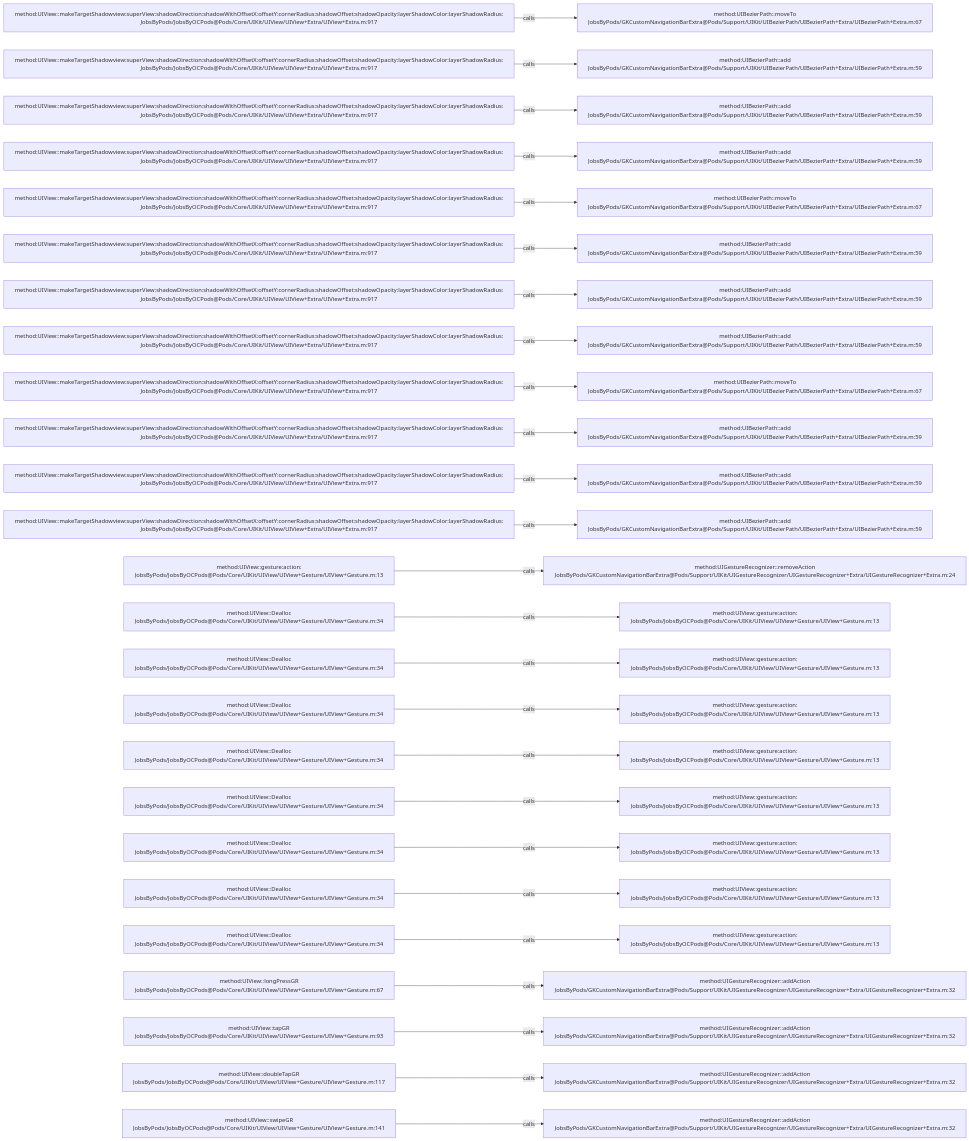
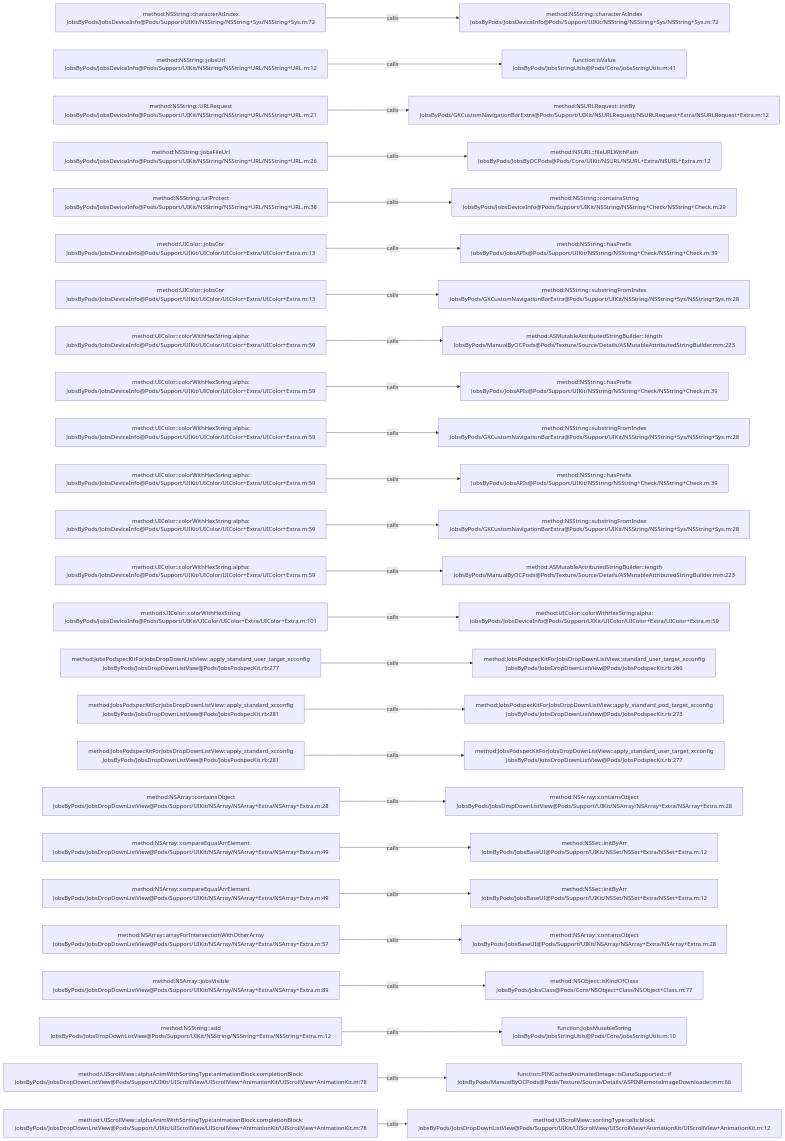
The diagram in .codegraph/codegraph.md/graphs/calls-064.md (JobsKits/JobsOCBaseConfigDemo), drawn with Mermaid before and after one commit. The commit also changed 573 other files, not shown here.

````diff
--- a/.codegraph/codegraph.md/graphs/calls-064.md
+++ b/.codegraph/codegraph.md/graphs/calls-064.md
@@ -13,78 +13,78 @@
 ```mermaid
 flowchart LR
-  S1["method:UIView::makeTargetShadowview:superView:shadowDirection:shadowWithOffsetX:offsetY:cornerRadius:shadowOffset:shadowOpacity:layerShadowColor:layerShadowRadius:<br/>JobsByPods/JobsByOCPods@Pods/Core/UIKit/UIView/UIView+Extra/UIView+Extra.m:917"]
-  T1["method:UIBezierPath::moveTo<br/>JobsByPods/GKCustomNavigationBarExtra@Pods/Support/UIKit/UIBezierPath/UIBezierPath+Extra/UIBezierPath+Extra.m:67"]
+  S1["method:NSString::characterAtIndex<br/>JobsByPods/JobsDeviceInfo@Pods/Support/UIKit/NSString/NSString+Sys/NSString+Sys.m:72"]
+  T1["method:NSString::characterAtIndex<br/>JobsByPods/JobsDeviceInfo@Pods/Support/UIKit/NSString/NSString+Sys/NSString+Sys.m:72"]
   S1 -->|calls| T1
-  S2["method:UIView::makeTargetShadowview:superView:shadowDirection:shadowWithOffsetX:offsetY:cornerRadius:shadowOffset:shadowOpacity:layerShadowColor:layerShadowRadius:<br/>JobsByPods/JobsByOCPods@Pods/Core/UIKit/UIView/UIView+Extra/UIView+Extra.m:917"]
-  T2["method:UIBezierPath::add<br/>JobsByPods/GKCustomNavigationBarExtra@Pods/Support/UIKit/UIBezierPath/UIBezierPath+Extra/UIBezierPath+Extra.m:59"]
+  S2["method:NSString::jobsUrl<br/>JobsByPods/JobsDeviceInfo@Pods/Support/UIKit/NSString/NSString+URL/NSString+URL.m:12"]
+  T2["function:isValue<br/>JobsByPods/JobsStringUtils@Pods/Core/JobsStringUtils.m:41"]
   S2 -->|calls| T2
-  S3["method:UIView::makeTargetShadowview:superView:shadowDirection:shadowWithOffsetX:offsetY:cornerRadius:shadowOffset:shadowOpacity:layerShadowColor:layerShadowRadius:<br/>JobsByPods/JobsByOCPods@Pods/Core/UIKit/UIView/UIView+Extra/UIView+Extra.m:917"]
-  T3["method:UIBezierPath::add<br/>JobsByPods/GKCustomNavigationBarExtra@Pods/Support/UIKit/UIBezierPath/UIBezierPath+Extra/UIBezierPath+Extra.m:59"]
+  S3["method:NSString::URLRequest<br/>JobsByPods/JobsDeviceInfo@Pods/Support/UIKit/NSString/NSString+URL/NSString+URL.m:21"]
+  T3["method:NSURLRequest::initBy<br/>JobsByPods/GKCustomNavigationBarExtra@Pods/Support/UIKit/NSURLRequest/NSURLRequest+Extra/NSURLRequest+Extra.m:12"]
   S3 -->|calls| T3
-  S4["method:UIView::makeTargetShadowview:superView:shadowDirection:shadowWithOffsetX:offsetY:cornerRadius:shadowOffset:shadowOpacity:layerShadowColor:layerShadowRadius:<br/>JobsByPods/JobsByOCPods@Pods/Core/UIKit/UIView/UIView+Extra/UIView+Extra.m:917"]
-  T4["method:UIBezierPath::add<br/>JobsByPods/GKCustomNavigationBarExtra@Pods/Support/UIKit/UIBezierPath/UIBezierPath+Extra/UIBezierPath+Extra.m:59"]
+  S4["method:NSString::jobsFileUrl<br/>JobsByPods/JobsDeviceInfo@Pods/Support/UIKit/NSString/NSString+URL/NSString+URL.m:26"]
+  T4["method:NSURL::fileURLWithPath<br/>JobsByPods/JobsByOCPods@Pods/Core/UIKit/NSURL/NSURL+Extra/NSURL+Extra.m:12"]
   S4 -->|calls| T4
-  S5["method:UIView::makeTargetShadowview:superView:shadowDirection:shadowWithOffsetX:offsetY:cornerRadius:shadowOffset:shadowOpacity:layerShadowColor:layerShadowRadius:<br/>JobsByPods/JobsByOCPods@Pods/Core/UIKit/UIView/UIView+Extra/UIView+Extra.m:917"]
-  T5["method:UIBezierPath::moveTo<br/>JobsByPods/GKCustomNavigationBarExtra@Pods/Support/UIKit/UIBezierPath/UIBezierPath+Extra/UIBezierPath+Extra.m:67"]
+  S5["method:NSString::urlProtect<br/>JobsByPods/JobsDeviceInfo@Pods/Support/UIKit/NSString/NSString+URL/NSString+URL.m:38"]
+  T5["method:NSString::containsString<br/>JobsByPods/JobsDeviceInfo@Pods/Support/UIKit/NSString/NSString+Check/NSString+Check.m:29"]
   S5 -->|calls| T5
-  S6["method:UIView::makeTargetShadowview:superView:shadowDirection:shadowWithOffsetX:offsetY:cornerRadius:shadowOffset:shadowOpacity:layerShadowColor:layerShadowRadius:<br/>JobsByPods/JobsByOCPods@Pods/Core/UIKit/UIView/UIView+Extra/UIView+Extra.m:917"]
-  T6["method:UIBezierPath::add<br/>JobsByPods/GKCustomNavigationBarExtra@Pods/Support/UIKit/UIBezierPath/UIBezierPath+Extra/UIBezierPath+Extra.m:59"]
+  S6["method:UIColor::jobsCor<br/>JobsByPods/JobsDeviceInfo@Pods/Support/UIKit/UIColor/UIColor+Extra/UIColor+Extra.m:13"]
+  T6["method:NSString::hasPrefix<br/>JobsByPods/JobsAPIs@Pods/Support/UIKit/NSString/NSString+Check/NSString+Check.m:39"]
   S6 -->|calls| T6
-  S7["method:UIView::makeTargetShadowview:superView:shadowDirection:shadowWithOffsetX:offsetY:cornerRadius:shadowOffset:shadowOpacity:layerShadowColor:layerShadowRadius:<br/>JobsByPods/JobsByOCPods@Pods/Core/UIKit/UIView/UIView+Extra/UIView+Extra.m:917"]
-  T7["method:UIBezierPath::add<br/>JobsByPods/GKCustomNavigationBarExtra@Pods/Support/UIKit/UIBezierPath/UIBezierPath+Extra/UIBezierPath+Extra.m:59"]
+  S7["method:UIColor::jobsCor<br/>JobsByPods/JobsDeviceInfo@Pods/Support/UIKit/UIColor/UIColor+Extra/UIColor+Extra.m:13"]
+  T7["method:NSString::substringFromIndex<br/>JobsByPods/GKCustomNavigationBarExtra@Pods/Support/UIKit/NSString/NSString+Sys/NSString+Sys.m:28"]
   S7 -->|calls| T7
-  S8["method:UIView::makeTargetShadowview:superView:shadowDirection:shadowWithOffsetX:offsetY:cornerRadius:shadowOffset:shadowOpacity:layerShadowColor:layerShadowRadius:<br/>JobsByPods/JobsByOCPods@Pods/Core/UIKit/UIView/UIView+Extra/UIView+Extra.m:917"]
-  T8["method:UIBezierPath::add<br/>JobsByPods/GKCustomNavigationBarExtra@Pods/Support/UIKit/UIBezierPath/UIBezierPath+Extra/UIBezierPath+Extra.m:59"]
+  S8["method:UIColor::colorWithHexString:alpha:<br/>JobsByPods/JobsDeviceInfo@Pods/Support/UIKit/UIColor/UIColor+Extra/UIColor+Extra.m:59"]
+  T8["method:ASMutableAttributedStringBuilder::length<br/>JobsByPods/ManualByOCPods@Pods/Texture/Source/Details/ASMutableAttributedStringBuilder.mm:223"]
   S8 -->|calls| T8
-  S9["method:UIView::makeTargetShadowview:superView:shadowDirection:shadowWithOffsetX:offsetY:cornerRadius:shadowOffset:shadowOpacity:layerShadowColor:layerShadowRadius:<br/>JobsByPods/JobsByOCPods@Pods/Core/UIKit/UIView/UIView+Extra/UIView+Extra.m:917"]
-  T9["method:UIBezierPath::moveTo<br/>JobsByPods/GKCustomNavigationBarExtra@Pods/Support/UIKit/UIBezierPath/UIBezierPath+Extra/UIBezierPath+Extra.m:67"]
+  S9["method:UIColor::colorWithHexString:alpha:<br/>JobsByPods/JobsDeviceInfo@Pods/Support/UIKit/UIColor/UIColor+Extra/UIColor+Extra.m:59"]
+  T9["method:NSString::hasPrefix<br/>JobsByPods/JobsAPIs@Pods/Support/UIKit/NSString/NSString+Check/NSString+Check.m:39"]
   S9 -->|calls| T9
-  S10["method:UIView::makeTargetShadowview:superView:shadowDirection:shadowWithOffsetX:offsetY:cornerRadius:shadowOffset:shadowOpacity:layerShadowColor:layerShadowRadius:<br/>JobsByPods/JobsByOCPods@Pods/Core/UIKit/UIView/UIView+Extra/UIView+Extra.m:917"]
-  T10["method:UIBezierPath::add<br/>JobsByPods/GKCustomNavigationBarExtra@Pods/Support/UIKit/UIBezierPath/UIBezierPath+Extra/UIBezierPath+Extra.m:59"]
+  S10["method:UIColor::colorWithHexString:alpha:<br/>JobsByPods/JobsDeviceInfo@Pods/Support/UIKit/UIColor/UIColor+Extra/UIColor+Extra.m:59"]
+  T10["method:NSString::substringFromIndex<br/>JobsByPods/GKCustomNavigationBarExtra@Pods/Support/UIKit/NSString/NSString+Sys/NSString+Sys.m:28"]
   S10 -->|calls| T10
-  S11["method:UIView::makeTargetShadowview:superView:shadowDirection:shadowWithOffsetX:offsetY:cornerRadius:shadowOffset:shadowOpacity:layerShadowColor:layerShadowRadius:<br/>JobsByPods/JobsByOCPods@Pods/Core/UIKit/UIView/UIView+Extra/UIView+Extra.m:917"]
-  T11["method:UIBezierPath::add<br/>JobsByPods/GKCustomNavigationBarExtra@Pods/Support/UIKit/UIBezierPath/UIBezierPath+Extra/UIBezierPath+Extra.m:59"]
+  S11["method:UIColor::colorWithHexString:alpha:<br/>JobsByPods/JobsDeviceInfo@Pods/Support/UIKit/UIColor/UIColor+Extra/UIColor+Extra.m:59"]
+  T11["method:NSString::hasPrefix<br/>JobsByPods/JobsAPIs@Pods/Support/UIKit/NSString/NSString+Check/NSString+Check.m:39"]
   S11 -->|calls| T11
-  S12["method:UIView::makeTargetShadowview:superView:shadowDirection:shadowWithOffsetX:offsetY:cornerRadius:shadowOffset:shadowOpacity:layerShadowColor:layerShadowRadius:<br/>JobsByPods/JobsByOCPods@Pods/Core/UIKit/UIView/UIView+Extra/UIView+Extra.m:917"]
-  T12["method:UIBezierPath::add<br/>JobsByPods/GKCustomNavigationBarExtra@Pods/Support/UIKit/UIBezierPath/UIBezierPath+Extra/UIBezierPath+Extra.m:59"]
+  S12["method:UIColor::colorWithHexString:alpha:<br/>JobsByPods/JobsDeviceInfo@Pods/Support/UIKit/UIColor/UIColor+Extra/UIColor+Extra.m:59"]
+  T12["method:NSString::substringFromIndex<br/>JobsByPods/GKCustomNavigationBarExtra@Pods/Support/UIKit/NSString/NSString+Sys/NSString+Sys.m:28"]
   S12 -->|calls| T12
-  S13["method:UIView::gesture:action:<br/>JobsByPods/JobsByOCPods@Pods/Core/UIKit/UIView/UIView+Gesture/UIView+Gesture.m:13"]
-  T13["method:UIGestureRecognizer::removeAction<br/>JobsByPods/GKCustomNavigationBarExtra@Pods/Support/UIKit/UIGestureRecognizer/UIGestureRecognizer+Extra/UIGestureRecognizer+Extra.m:24"]
+  S13["method:UIColor::colorWithHexString:alpha:<br/>JobsByPods/JobsDeviceInfo@Pods/Support/UIKit/UIColor/UIColor+Extra/UIColor+Extra.m:59"]
+  T13["method:ASMutableAttributedStringBuilder::length<br/>JobsByPods/ManualByOCPods@Pods/Texture/Source/Details/ASMutableAttributedStringBuilder.mm:223"]
   S13 -->|calls| T13
-  S14["method:UIView::Dealloc<br/>JobsByPods/JobsByOCPods@Pods/Core/UIKit/UIView/UIView+Gesture/UIView+Gesture.m:34"]
-  T14["method:UIView::gesture:action:<br/>JobsByPods/JobsByOCPods@Pods/Core/UIKit/UIView/UIView+Gesture/UIView+Gesture.m:13"]
+  S14["method:UIColor::colorWithHexString<br/>JobsByPods/JobsDeviceInfo@Pods/Support/UIKit/UIColor/UIColor+Extra/UIColor+Extra.m:101"]
+  T14["method:UIColor::colorWithHexString:alpha:<br/>JobsByPods/JobsDeviceInfo@Pods/Support/UIKit/UIColor/UIColor+Extra/UIColor+Extra.m:59"]
   S14 -->|calls| T14
-  S15["method:UIView::Dealloc<br/>JobsByPods/JobsByOCPods@Pods/Core/UIKit/UIView/UIView+Gesture/UIView+Gesture.m:34"]
-  T15["method:UIView::gesture:action:<br/>JobsByPods/JobsByOCPods@Pods/Core/UIKit/UIView/UIView+Gesture/UIView+Gesture.m:13"]
+  S15["method:JobsPodspecKitForJobsDropDownListView::apply_standard_user_target_xcconfig<br/>JobsByPods/JobsDropDownListView@Pods/JobsPodspecKit.rb:277"]
+  T15["method:JobsPodspecKitForJobsDropDownListView::standard_user_target_xcconfig<br/>JobsByPods/JobsDropDownListView@Pods/JobsPodspecKit.rb:266"]
   S15 -->|calls| T15
-  S16["method:UIView::Dealloc<br/>JobsByPods/JobsByOCPods@Pods/Core/UIKit/UIView/UIView+Gesture/UIView+Gesture.m:34"]
-  T16["method:UIView::gesture:action:<br/>JobsByPods/JobsByOCPods@Pods/Core/UIKit/UIView/UIView+Gesture/UIView+Gesture.m:13"]
+  S16["method:JobsPodspecKitForJobsDropDownListView::apply_standard_xcconfig<br/>JobsByPods/JobsDropDownListView@Pods/JobsPodspecKit.rb:281"]
+  T16["method:JobsPodspecKitForJobsDropDownListView::apply_standard_pod_target_xcconfig<br/>JobsByPods/JobsDropDownListView@Pods/JobsPodspecKit.rb:273"]
   S16 -->|calls| T16
-  S17["method:UIView::Dealloc<br/>JobsByPods/JobsByOCPods@Pods/Core/UIKit/UIView/UIView+Gesture/UIView+Gesture.m:34"]
-  T17["method:UIView::gesture:action:<br/>JobsByPods/JobsByOCPods@Pods/Core/UIKit/UIView/UIView+Gesture/UIView+Gesture.m:13"]
+  S17["method:JobsPodspecKitForJobsDropDownListView::apply_standard_xcconfig<br/>JobsByPods/JobsDropDownListView@Pods/JobsPodspecKit.rb:281"]
+  T17["method:JobsPodspecKitForJobsDropDownListView::apply_standard_user_target_xcconfig<br/>JobsByPods/JobsDropDownListView@Pods/JobsPodspecKit.rb:277"]
   S17 -->|calls| T17
-  S18["method:UIView::Dealloc<br/>JobsByPods/JobsByOCPods@Pods/Core/UIKit/UIView/UIView+Gesture/UIView+Gesture.m:34"]
-  T18["method:UIView::gesture:action:<br/>JobsByPods/JobsByOCPods@Pods/Core/UIKit/UIView/UIView+Gesture/UIView+Gesture.m:13"]
+  S18["method:NSArray::containsObject<br/>JobsByPods/JobsDropDownListView@Pods/Support/UIKit/NSArray/NSArray+Extra/NSArray+Extra.m:28"]
+  T18["method:NSArray::containsObject<br/>JobsByPods/JobsDropDownListView@Pods/Support/UIKit/NSArray/NSArray+Extra/NSArray+Extra.m:28"]
   S18 -->|calls| T18
-  S19["method:UIView::Dealloc<br/>JobsByPods/JobsByOCPods@Pods/Core/UIKit/UIView/UIView+Gesture/UIView+Gesture.m:34"]
-  T19["method:UIView::gesture:action:<br/>JobsByPods/JobsByOCPods@Pods/Core/UIKit/UIView/UIView+Gesture/UIView+Gesture.m:13"]
+  S19["method:NSArray::compareEqualArrElement<br/>JobsByPods/JobsDropDownListView@Pods/Support/UIKit/NSArray/NSArray+Extra/NSArray+Extra.m:49"]
+  T19["method:NSSet::initByArr<br/>JobsByPods/JobsBaseUI@Pods/Support/UIKit/NSSet/NSSet+Extra/NSSet+Extra.m:12"]
   S19 -->|calls| T19
-  S20["method:UIView::Dealloc<br/>JobsByPods/JobsByOCPods@Pods/Core/UIKit/UIView/UIView+Gesture/UIView+Gesture.m:34"]
-  T20["method:UIView::gesture:action:<br/>JobsByPods/JobsByOCPods@Pods/Core/UIKit/UIView/UIView+Gesture/UIView+Gesture.m:13"]
+  S20["method:NSArray::compareEqualArrElement<br/>JobsByPods/JobsDropDownListView@Pods/Support/UIKit/NSArray/NSArray+Extra/NSArray+Extra.m:49"]
+  T20["method:NSSet::initByArr<br/>JobsByPods/JobsBaseUI@Pods/Support/UIKit/NSSet/NSSet+Extra/NSSet+Extra.m:12"]
   S20 -->|calls| T20
-  S21["method:UIView::Dealloc<br/>JobsByPods/JobsByOCPods@Pods/Core/UIKit/UIView/UIView+Gesture/UIView+Gesture.m:34"]
-  T21["method:UIView::gesture:action:<br/>JobsByPods/JobsByOCPods@Pods/Core/UIKit/UIView/UIView+Gesture/UIView+Gesture.m:13"]
+  S21["method:NSArray::arrayForIntersectionWithOtherArray<br/>JobsByPods/JobsDropDownListView@Pods/Support/UIKit/NSArray/NSArray+Extra/NSArray+Extra.m:57"]
+  T21["method:NSArray::containsObject<br/>JobsByPods/JobsBaseUI@Pods/Support/UIKit/NSArray/NSArray+Extra/NSArray+Extra.m:28"]
   S21 -->|calls| T21
-  S22["method:UIView::longPressGR<br/>JobsByPods/JobsByOCPods@Pods/Core/UIKit/UIView/UIView+Gesture/UIView+Gesture.m:67"]
-  T22["method:UIGestureRecognizer::addAction<br/>JobsByPods/GKCustomNavigationBarExtra@Pods/Support/UIKit/UIGestureRecognizer/UIGestureRecognizer+Extra/UIGestureRecognizer+Extra.m:32"]
+  S22["method:NSArray::jobsVisible<br/>JobsByPods/JobsDropDownListView@Pods/Support/UIKit/NSArray/NSArray+Extra/NSArray+Extra.m:89"]
+  T22["method:NSObject::isKindOfClass<br/>JobsByPods/JobsClass@Pods/Core/NSObject+Class/NSObject+Class.m:77"]
   S22 -->|calls| T22
-  S23["method:UIView::tapGR<br/>JobsByPods/JobsByOCPods@Pods/Core/UIKit/UIView/UIView+Gesture/UIView+Gesture.m:93"]
-  T23["method:UIGestureRecognizer::addAction<br/>JobsByPods/GKCustomNavigationBarExtra@Pods/Support/UIKit/UIGestureRecognizer/UIGestureRecognizer+Extra/UIGestureRecognizer+Extra.m:32"]
+  S23["method:NSString::add<br/>JobsByPods/JobsDropDownListView@Pods/Support/UIKit/NSString/NSString+Extra/NSString+Extra.m:12"]
+  T23["function:JobsMutableString<br/>JobsByPods/JobsStringUtils@Pods/Core/JobsStringUtils.m:10"]
   S23 -->|calls| T23
-  S24["method:UIView::doubleTapGR<br/>JobsByPods/JobsByOCPods@Pods/Core/UIKit/UIView/UIView+Gesture/UIView+Gesture.m:117"]
-  T24["method:UIGestureRecognizer::addAction<br/>JobsByPods/GKCustomNavigationBarExtra@Pods/Support/UIKit/UIGestureRecognizer/UIGestureRecognizer+Extra/UIGestureRecognizer+Extra.m:32"]
+  S24["method:UIScrollView::alphaAnimWithSortingType:animationBlock:completionBlock:<br/>JobsByPods/JobsDropDownListView@Pods/Support/UIKit/UIScrollView/UIScrollView+AnimationKit/UIScrollView+AnimationKit.m:78"]
+  T24["function:PINCachedAnimatedImage::isDataSupported:::if<br/>JobsByPods/ManualByOCPods@Pods/Texture/Source/Details/ASPINRemoteImageDownloader.mm:66"]
   S24 -->|calls| T24
-  S25["method:UIView::swipeGR<br/>JobsByPods/JobsByOCPods@Pods/Core/UIKit/UIView/UIView+Gesture/UIView+Gesture.m:141"]
-  T25["method:UIGestureRecognizer::addAction<br/>JobsByPods/GKCustomNavigationBarExtra@Pods/Support/UIKit/UIGestureRecognizer/UIGestureRecognizer+Extra/UIGestureRecognizer+Extra.m:32"]
+  S25["method:UIScrollView::alphaAnimWithSortingType:animationBlock:completionBlock:<br/>JobsByPods/JobsDropDownListView@Pods/Support/UIKit/UIScrollView/UIScrollView+AnimationKit/UIScrollView+AnimationKit.m:78"]
+  T25["method:UIScrollView::sortingType:cells:block:<br/>JobsByPods/JobsDropDownListView@Pods/Support/UIKit/UIScrollView/UIScrollView+AnimationKit/UIScrollView+AnimationKit.m:12"]
   S25 -->|calls| T25
 ```
````
